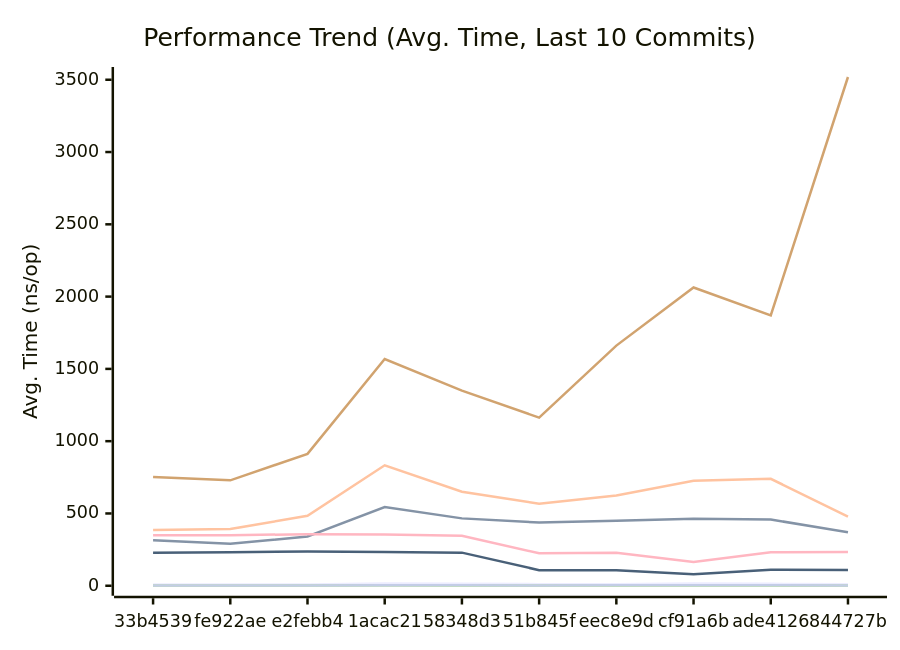
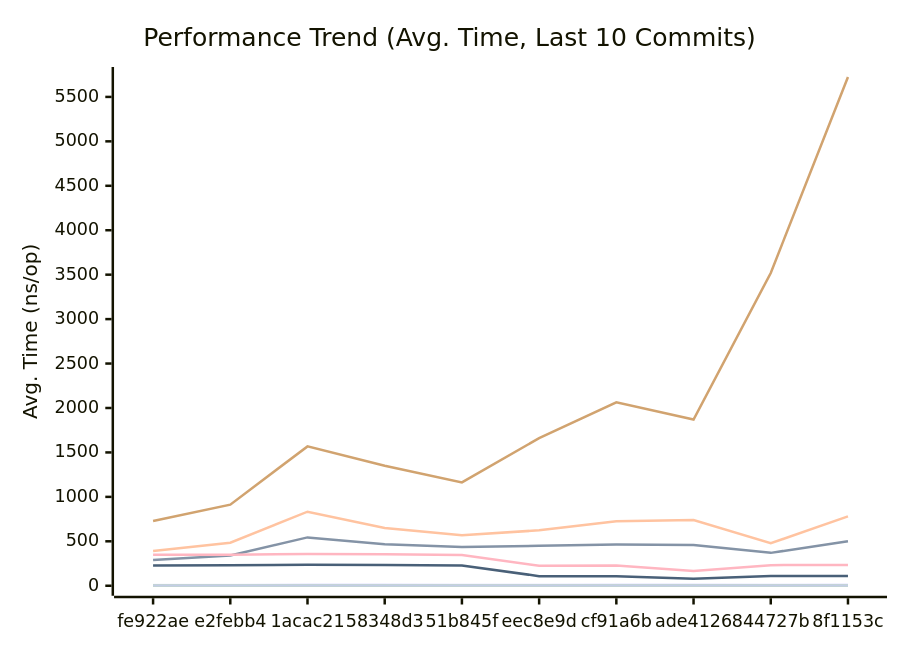
Before and after one commit to alsotoes/momo: the first of 3 diagrams in docs/PERFORMANCE.md, drawn with Mermaid. The commit also changed other lines of this file and 2 other files, not shown here.

````diff
--- a/docs/PERFORMANCE.md
+++ b/docs/PERFORMANCE.md
@@ -82,16 +80,16 @@
 ```mermaid
 xychart-beta
     title "Performance Trend (Avg. Time, Last 10 Commits)"
     x-axis "Commit"
     y-axis "Avg. Time (ns/op)"
-    x-axis [33b4539,fe922ae,e2febb4,1acac21,58348d3,51b845f,eec8e9d,cf91a6b,ade4126,844727b]
-    line "CheckMetricsAndSwap" [8,8,8,15,14,11,11,15,13,10]
-    line "CrushOptimized" [314,290,341,544,466,437,449,463,458,370]
-    line "CrushOriginal" [385,392,484,833,650,568,624,726,740,478]
-    line "IndexDirectTracking" [0,0,1,1,1,0,0,1,1,0]
-    line "IndexSearch" [2,2,2,3,2,2,2,2,2,2]
-    line "LoadGlobalConfig" [753,729,912,1568,1350,1163,1661,2063,1870,3519]
-    line "PadString" [2,2,2,4,3,2,3,3,3,2]
+    x-axis [fe922ae,e2febb4,1acac21,58348d3,51b845f,eec8e9d,cf91a6b,ade4126,844727b,8f1153c]
+    line "CheckMetricsAndSwap" [8,8,15,14,11,11,15,13,10,15]
+    line "CrushOptimized" [290,341,544,466,437,449,463,458,370,501]
+    line "CrushOriginal" [392,484,833,650,568,624,726,740,478,781]
+    line "IndexDirectTracking" [0,1,1,1,0,0,1,1,0,1]
+    line "IndexSearch" [2,2,3,2,2,2,2,2,2,3]
+    line "LoadGlobalConfig" [729,912,1568,1350,1163,1661,2063,1870,3519,5724]
+    line "PadString" [2,2,4,3,2,3,3,3,2,3]
     line "ParseReplicationOrder_NoPrealloc" [350,349,357,354,345,225,229,165,232,234]
     line "ParseReplicationOrder_Prealloc" [229,231,237,234,229,108,107,80,110,109]
 ```
````
